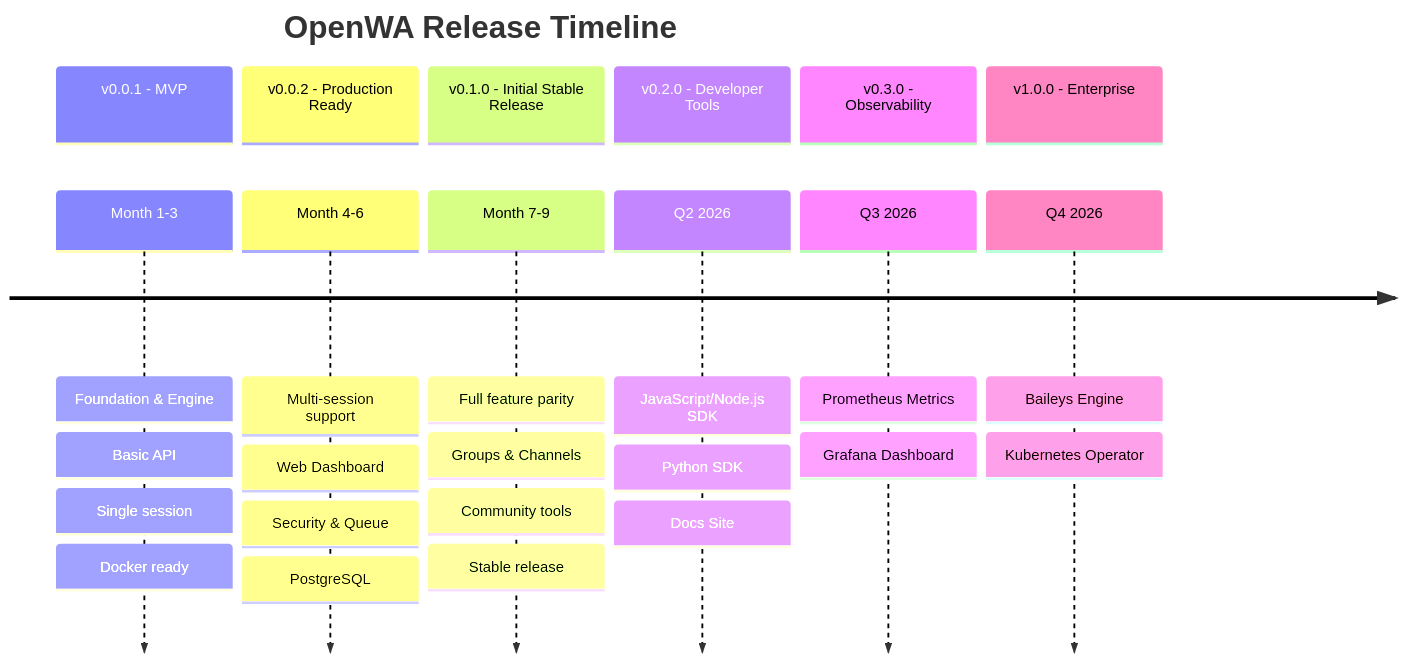
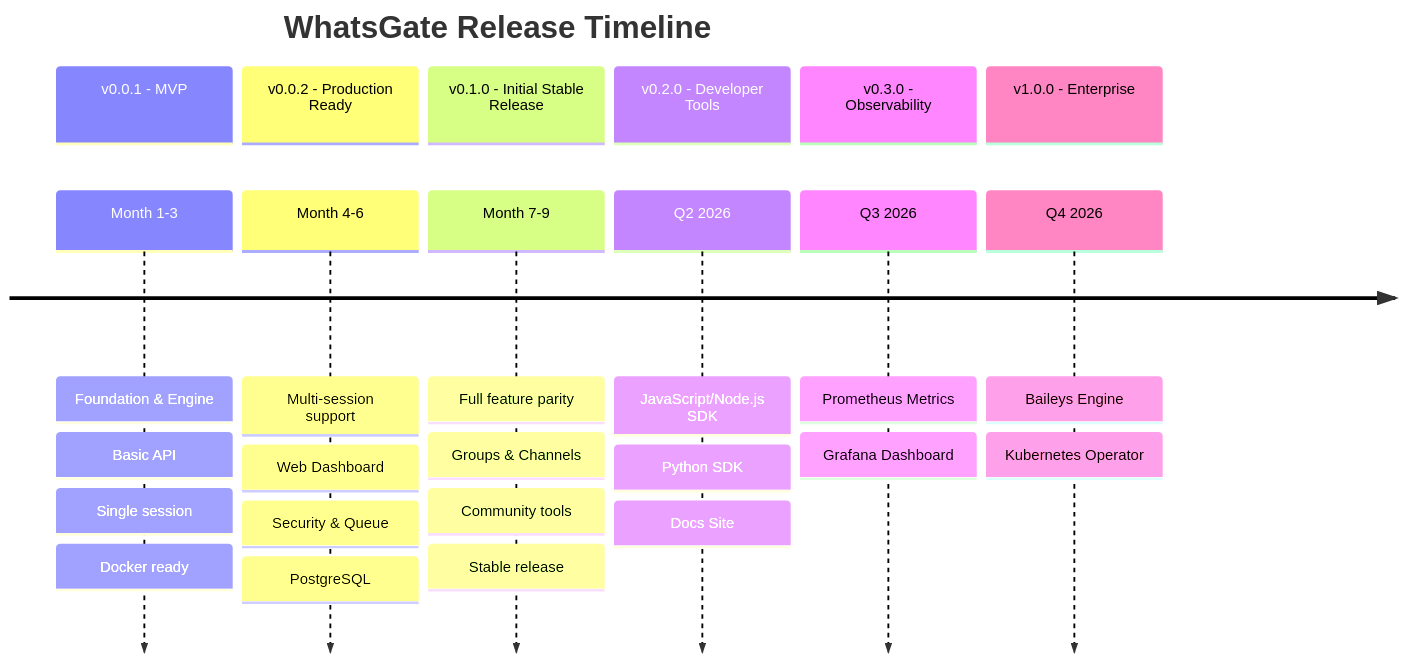
Before and after one commit to liminal-loop/whatsgate: the first of 7 diagrams in docs/15-project-roadmap.md, drawn with Mermaid. The commit also changed other lines of this file and 46 other files, not shown here.

Commit message:
chore: rebrand OpenWA to WhatsGate across app and docs

````diff
--- a/docs/15-project-roadmap.md
+++ b/docs/15-project-roadmap.md
@@ -5,35 +5,35 @@
 ```mermaid
 timeline
-    title OpenWA Release Timeline
+    title WhatsGate Release Timeline
 
     section v0.0.1 - MVP
         Month 1-3 : Foundation & Engine
                   : Basic API
                   : Single session
                   : Docker ready
 
     section v0.0.2 - Production Ready
         Month 4-6 : Multi-session support
                   : Web Dashboard
                   : Security & Queue
                   : PostgreSQL
 
     section v0.1.0 - Initial Stable Release
         Month 7-9 : Full feature parity
                   : Groups & Channels
                   : Community tools
                   : Stable release
 
     section v0.2.0 - Developer Tools
         Q2 2026 : JavaScript/Node.js SDK
                 : Python SDK
                 : Docs Site
 
     section v0.3.0 - Observability
         Q3 2026 : Prometheus Metrics
                 : Grafana Dashboard
 
     section v1.0.0 - Enterprise
         Q4 2026 : Baileys Engine
                 : Kubernetes Operator
 ```
````
